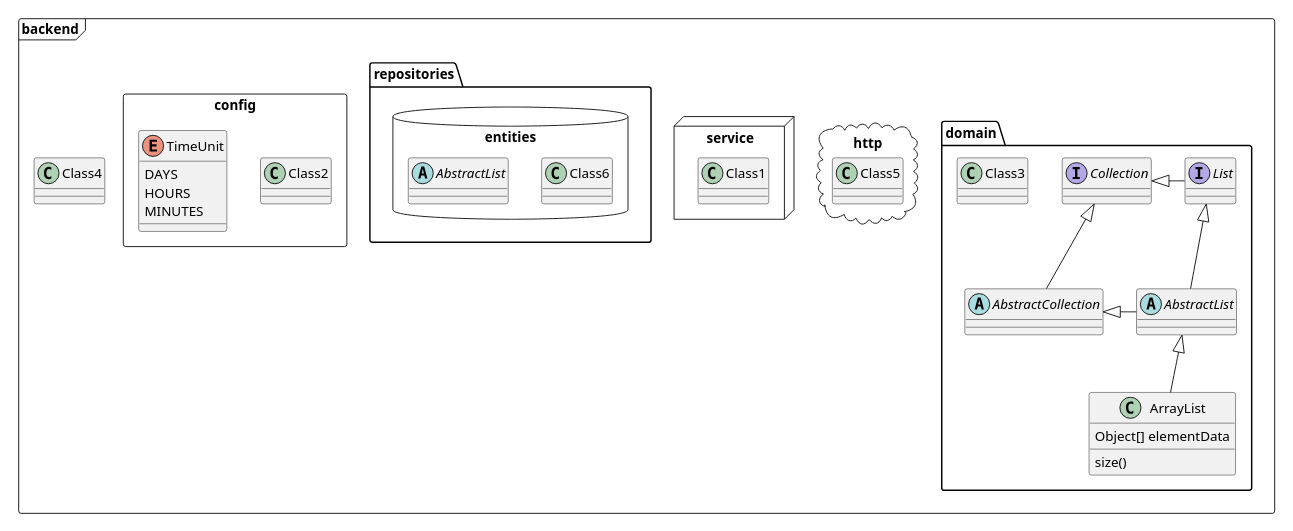
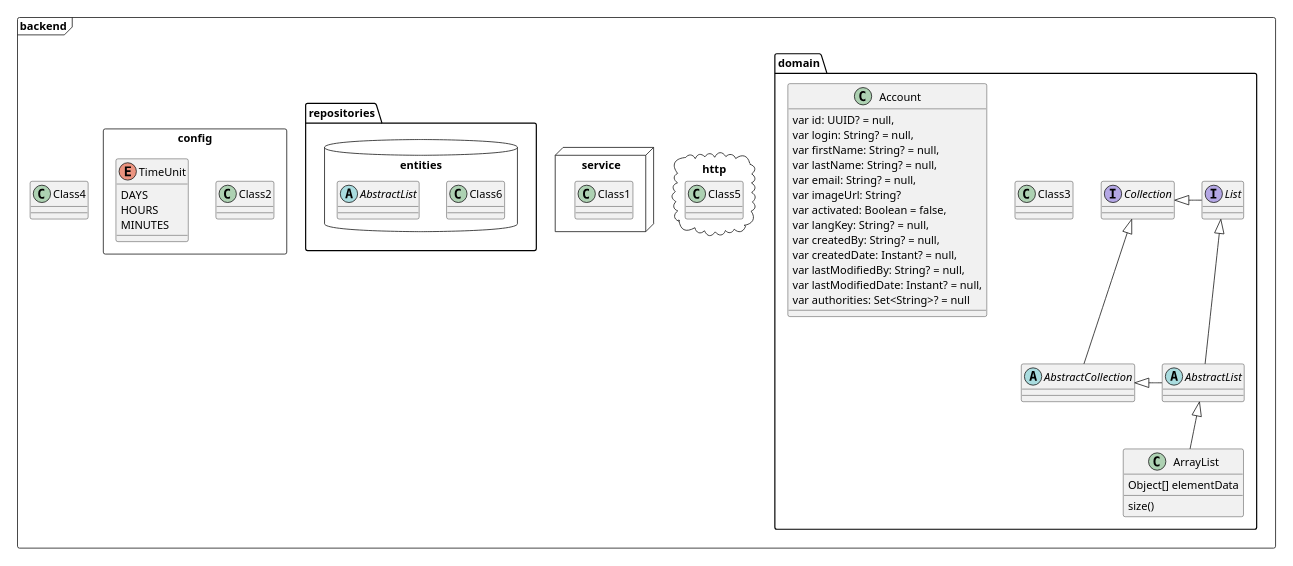
One commit to artisan-logiciel/section changed the diagram in Domain_class.puml. Above: the diagram before and after it, drawn with PlantUML.

Commit message:
:server: renaming and refactoring, update README page.

```diff
--- a/Domain_class.puml
+++ b/Domain_class.puml
@@ -1,53 +1,79 @@
 @startuml
 'https://plantuml.com/class-diagram
 scale 750 width
 
 package backend.domain <<Folder>> {
   class Class3
   abstract class AbstractList
   abstract AbstractCollection
   interface List
   interface Collection
 
   List <|-- AbstractList
   Collection <|-- AbstractCollection
 
   Collection <|- List
   AbstractCollection <|- AbstractList
   AbstractList <|-- ArrayList
 
   class ArrayList {
   Object[] elementData
   size()
+  }
+
+  class Account{
+    var id: UUID? = null,
+'    @NotBlank
+'    @Pattern(regexp = LOGIN_REGEX)
+'    @Size(min = 1, max = 50)
+    var login: String? = null,
+'    @field:Size(max = 50)
+    var firstName: String? = null,
+'    @field:Size(max = 50)
+    var lastName: String? = null,
+'    @field:EmailConstraint
+'    @field:Size(min = 5, max = 254)
+    var email: String? = null,
+'    @field:Size(max = 256)
+    var imageUrl: String?
+    ' = "http://placehold.it/50x50",
+    var activated: Boolean = false,
+'    @field:Size(min = 2, max = 10)
+    var langKey: String? = null,
+    var createdBy: String? = null,
+    var createdDate: Instant? = null,
+    var lastModifiedBy: String? = null,
+    var lastModifiedDate: Instant? = null,
+    var authorities: Set<String>? = null
   }
 
 }
 
 package backend.http <<Cloud>> {
   class Class5
 }
 
 package backend.service <<Node>> {
   class Class1
 }
 
 package backend.repositories.entities <<Database>> {
   class Class6
   abstract class AbstractList
 }
 
 package backend.config <<Rectangle>> {
   class Class2
   enum TimeUnit {
   DAYS
   HOURS
   MINUTES
   }
 
 }
 
 package backend <<Frame>> {
   class Class4
 }
 
 @enduml
```
